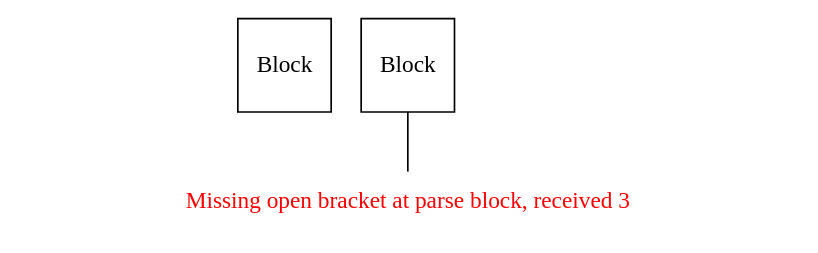
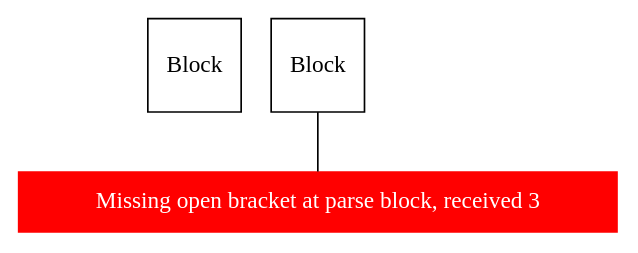
The diagram in graphs/dot/test_4.dot (cemmanuelsr/compiler), drawn with Graphviz before and after one commit. The commit also changed 6 other files, not shown here.

```diff
--- a/graphs/dot/test_4.dot
+++ b/graphs/dot/test_4.dot
@@ -1,7 +1,7 @@
 graph g {
 n0 [label = "Block", shape="square"]
 n1 [label = "Block", shape="square"]
-error [label = "Missing open bracket at parse block, received 3", color="white", style="filled", fontcolor="red"]
+error [label = "Missing open bracket at parse block, received 3", color="red", style="filled", shape="box", fontcolor="white"]
 
 "n1" -- "error"
 }
```
